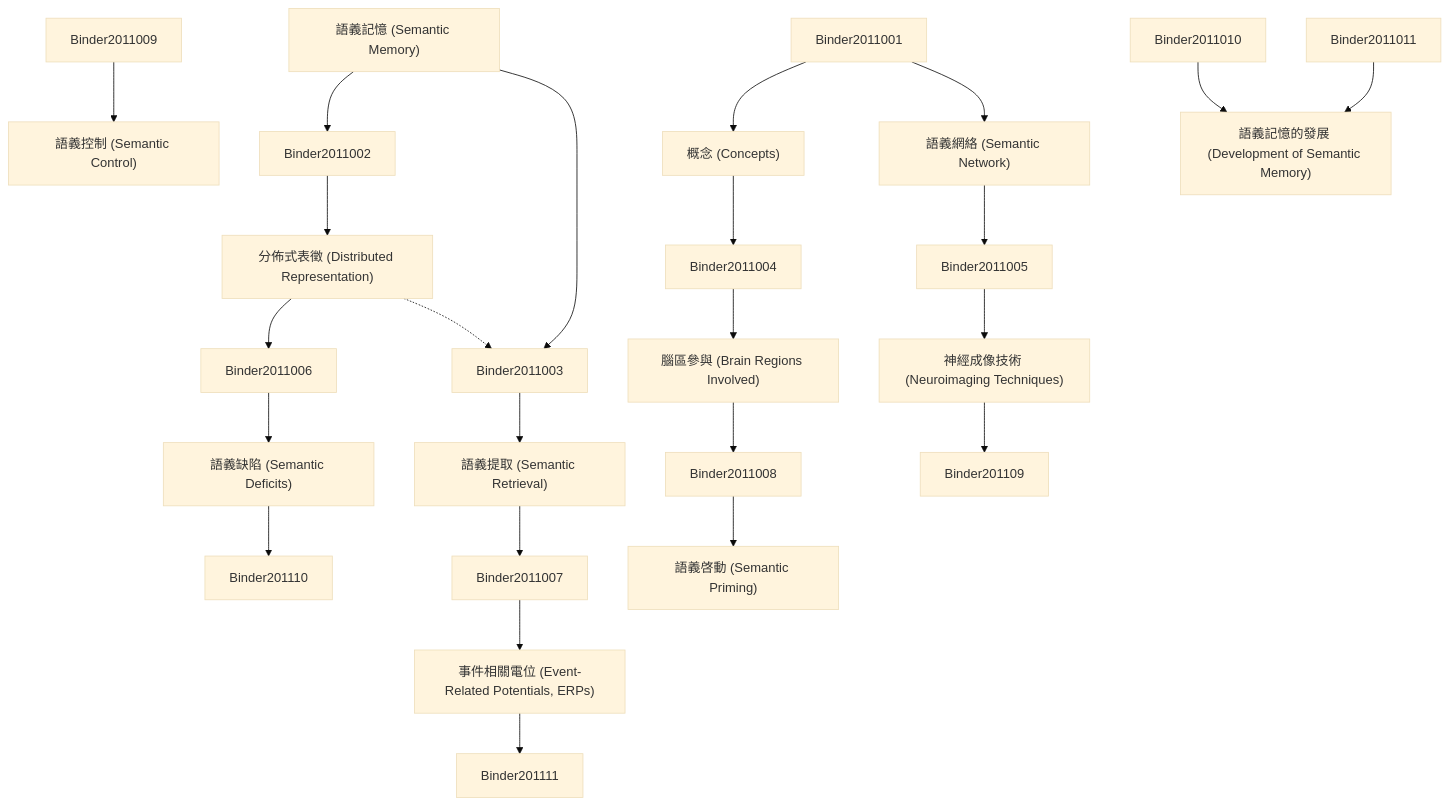
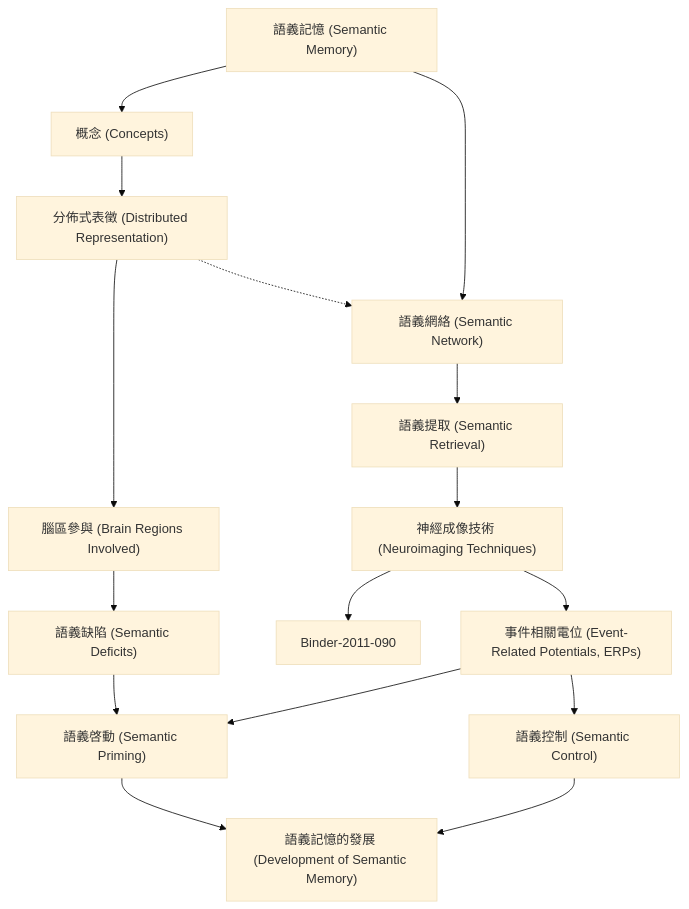
Before and after one commit to SCgeeker/Claude_Journal_Club_Agents: the diagram in output/zettelkasten_notes/zettel_Binder-2011_20251104/zettel_index.md, drawn with Mermaid (base theme). The commit also changed 776 other files, not shown here.

````diff
--- a/output/zettelkasten_notes/zettel_Binder-2011_20251104/zettel_index.md
+++ b/output/zettelkasten_notes/zettel_Binder-2011_20251104/zettel_index.md
@@ -92,74 +92,64 @@
 ```mermaid
 graph TD
 
     Binder-2011-001["語義記憶 (Semantic Memory)"]
 
     Binder-2011-002["概念 (Concepts)"]
 
     Binder-2011-003["語義網絡 (Semantic Network)"]
 
     Binder-2011-004["分佈式表徵 (Distributed Representation)"]
 
     Binder-2011-005["語義提取 (Semantic Retrieval)"]
 
     Binder-2011-006["腦區參與 (Brain Regions Involved)"]
 
     Binder-2011-007["神經成像技術 (Neuroimaging Techniques)"]
 
     Binder-2011-008["語義缺陷 (Semantic Deficits)"]
 
     Binder-2011-009["事件相關電位 (Event-Related Potentials, ERPs)"]
 
     Binder-2011-010["語義啓動 (Semantic Priming)"]
 
     Binder-2011-011["語義控制 (Semantic Control)"]
 
     Binder-2011-012["語義記憶的發展 (Development of Semantic Memory)"]
 
-    Binder-2011-001 --> Binder2011002
+    Binder-2011-001 --> Binder-2011-002
 
-    Binder-2011-001 --> Binder2011003
+    Binder-2011-001 --> Binder-2011-003
 
-    Binder2011001 --> Binder-2011-002
 
-    Binder-2011-002 --> Binder2011004
+    Binder-2011-002 --> Binder-2011-004
 
-    Binder2011001 --> Binder-2011-003
 
-    Binder-2011-003 --> Binder2011005
+    Binder-2011-003 --> Binder-2011-005
 
-    Binder2011002 --> Binder-2011-004
 
-    Binder-2011-004 --> Binder2011006
+    Binder-2011-004 --> Binder-2011-006
 
-    Binder-2011-004 -.-> Binder2011003
+    Binder-2011-004 -.-> Binder-2011-003
 
-    Binder2011003 --> Binder-2011-005
 
-    Binder-2011-005 --> Binder2011007
+    Binder-2011-005 --> Binder-2011-007
 
-    Binder2011004 --> Binder-2011-006
 
-    Binder-2011-006 --> Binder2011008
+    Binder-2011-006 --> Binder-2011-008
 
-    Binder2011005 --> Binder-2011-007
 
-    Binder-2011-007 --> Binder201109
+    Binder-2011-007 --> Binder-2011-090
 
-    Binder2011006 --> Binder-2011-008
+    Binder-2011-007 --> Binder-2011-009
 
-    Binder-2011-008 --> Binder201110
+    Binder-2011-009 --> Binder-2011-010
 
-    Binder2011007 --> Binder-2011-009
+    Binder-2011-008 --> Binder-2011-010
 
-    Binder-2011-009 --> Binder201111
+    Binder-2011-009 --> Binder-2011-011
 
-    Binder2011008 --> Binder-2011-010
+    Binder-2011-010 --> Binder-2011-012
 
-    Binder2011009 --> Binder-2011-011
-
-    Binder2011010 --> Binder-2011-012
-
-    Binder2011011 --> Binder-2011-012
+    Binder-2011-011 --> Binder-2011-012
 
 ```
````
